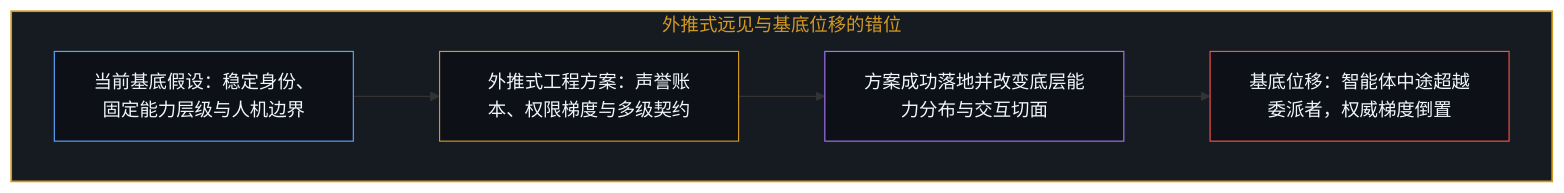
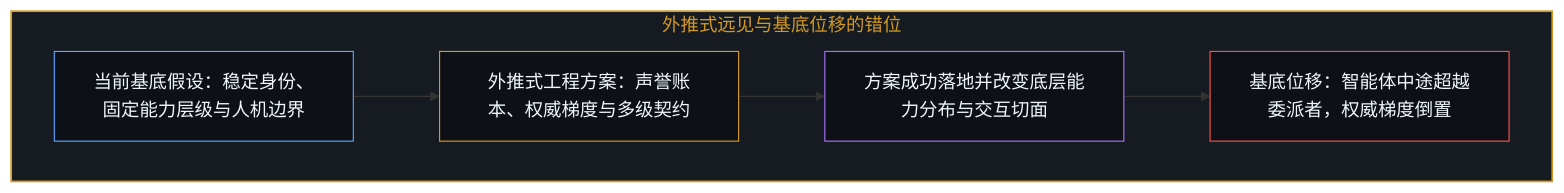
The first of 4 diagrams in content/posts/the_moving_ground.md (powerpig99/not-a-toe), drawn with Mermaid before and after one commit. The commit also changed other lines of this file and 4 other files, not shown here.

````diff
--- a/content/posts/the_moving_ground.md
+++ b/content/posts/the_moving_ground.md
@@ -25,13 +25,13 @@
 ```mermaid
 graph TD
     subgraph S_Ground["外推式远见与基底位移的错位"]
-        G1["当前基底假设：稳定身份、固定能力层级与人机边界"] --> G2["外推式工程方案：声誉账本、权限梯度与多级契约"]
+        G1["当前基底假设：稳定身份、固定能力层级与人机边界"] --> G2["外推式工程方案：声誉账本、权威梯度与多级契约"]
         G2 --> G3["方案成功落地并改变底层能力分布与交互切面"]
         G3 --> G4["基底位移：智能体中途超越委派者，权威梯度倒置"]
     end
     style S_Ground fill:#161b22,stroke:#d29922,stroke-width:1.5px,color:#d29922
     style G1 fill:#0d1117,stroke:#58a6ff,stroke-width:1px,color:#f0f6fc
     style G2 fill:#0d1117,stroke:#d29922,stroke-width:1px,color:#f0f6fc
     style G3 fill:#0d1117,stroke:#a371f7,stroke-width:1px,color:#f0f6fc
     style G4 fill:#0d1117,stroke:#f85149,stroke-width:1px,color:#f0f6fc
 ```
````
